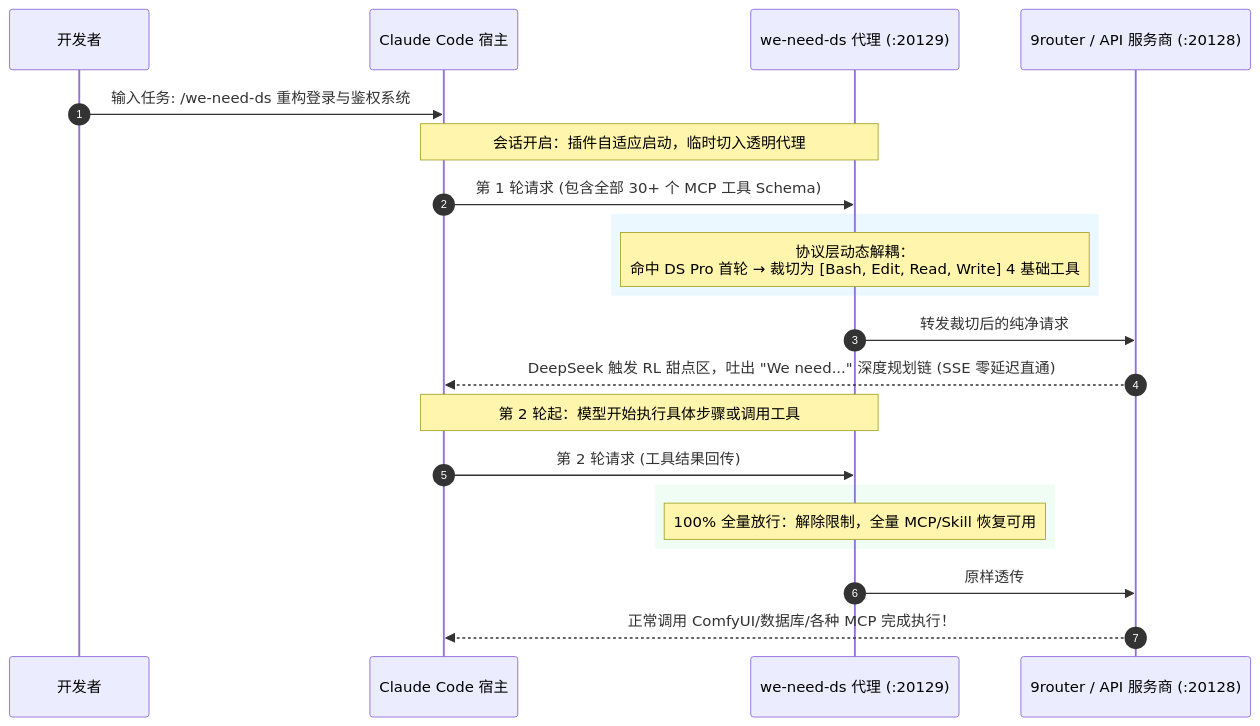
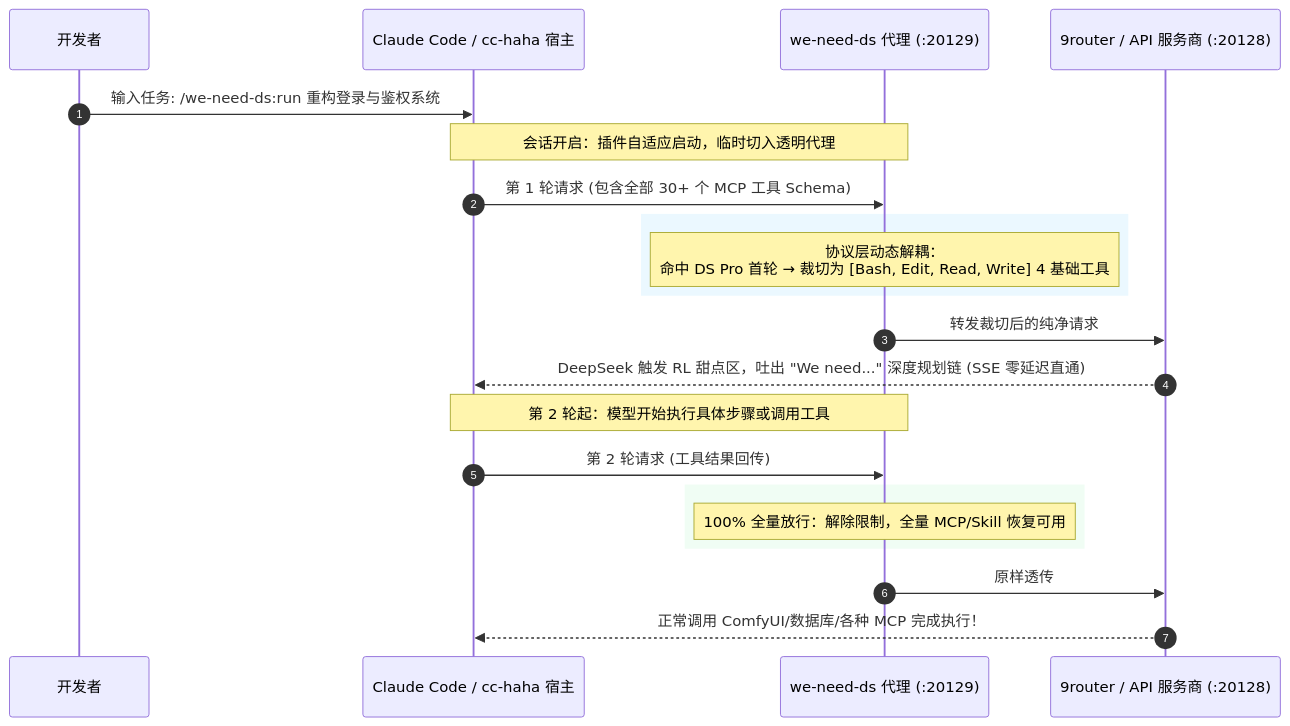
One commit to YixuAnsensei/we-need-ds changed the diagram in README.md. Above: the diagram before and after it, drawn with Mermaid. The commit also changed other lines of this file and 1 other file, not shown here.

Commit message:
docs: add bilingual documentation (CN/EN) and detailed cc-haha/Claude Code configuration guides

````diff
--- a/README.md
+++ b/README.md
@@ -34,29 +37,29 @@
 ```mermaid
 sequenceDiagram
     autonumber
     participant User as 开发者
-    participant CC as Claude Code 宿主
+    participant CC as Claude Code / cc-haha 宿主
     participant Proxy as we-need-ds 代理 (:20129)
     participant Router as 9router / API 服务商 (:20128)
 
-    User->>CC: 输入任务: /we-need-ds 重构登录与鉴权系统
+    User->>CC: 输入任务: /we-need-ds:run 重构登录与鉴权系统
     Note over CC,Proxy: 会话开启：插件自适应启动，临时切入透明代理
     CC->>Proxy: 第 1 轮请求 (包含全部 30+ 个 MCP 工具 Schema)
     
     rect rgb(235, 248, 255)
     Note over Proxy: 协议层动态解耦：<br/>命中 DS Pro 首轮 → 裁切为 [Bash, Edit, Read, Write] 4 基础工具
     end
     
     Proxy->>Router: 转发裁切后的纯净请求
     Router-->>CC: DeepSeek 触发 RL 甜点区，吐出 "We need..." 深度规划链 (SSE 零延迟直通)
     
     Note over CC,Proxy: 第 2 轮起：模型开始执行具体步骤或调用工具
     CC->>Proxy: 第 2 轮请求 (工具结果回传)
     
     rect rgb(240, 253, 244)
     Note over Proxy: 100% 全量放行：解除限制，全量 MCP/Skill 恢复可用
     end
     
     Proxy->>Router: 原样透传
     Router-->>CC: 正常调用 ComfyUI/数据库/各种 MCP 完成执行！
 ```
````
